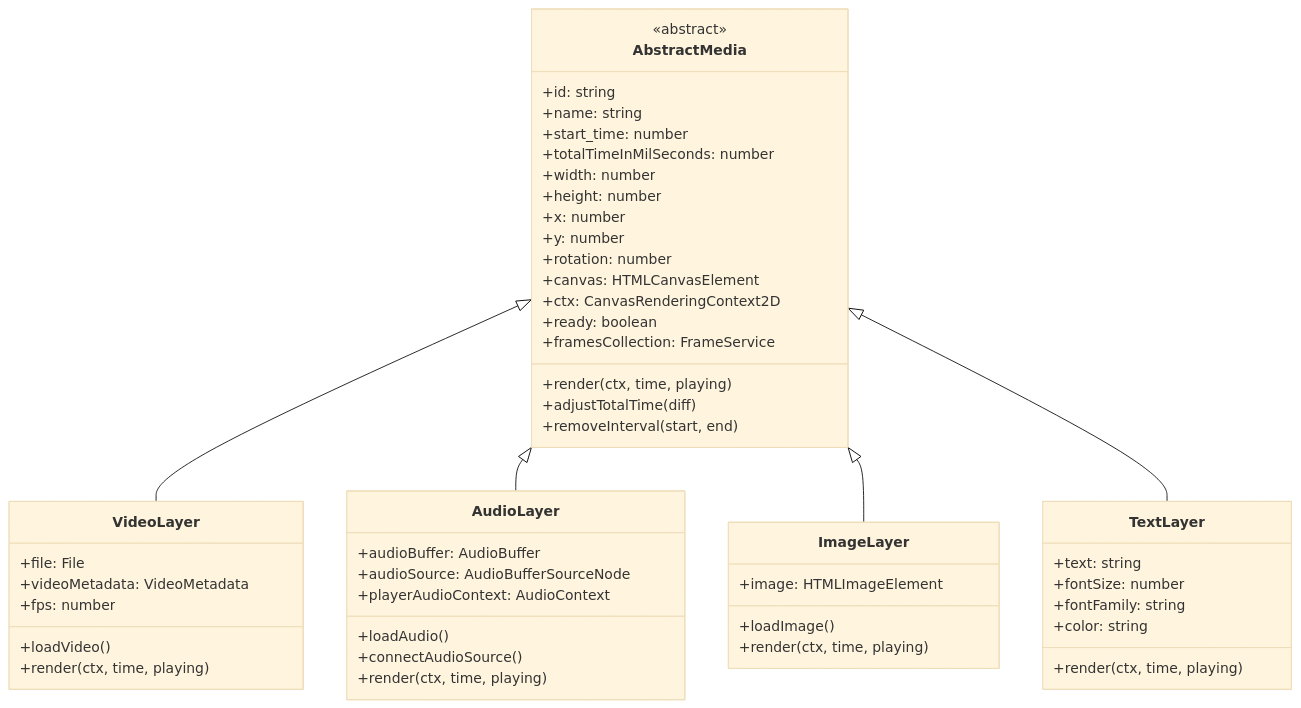
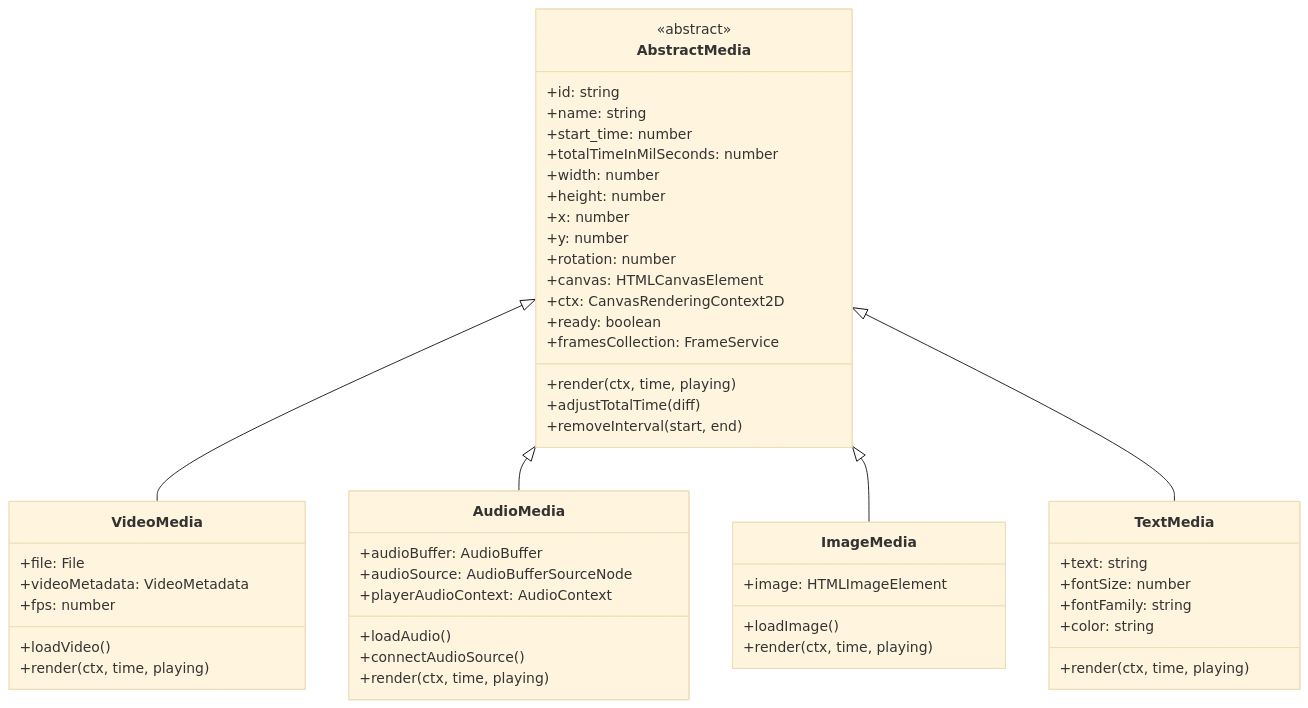
The second of 15 diagrams in docs/architecture/05-timeline-layers.md (apssouza22/web-video-edit), drawn with Mermaid (base theme) before and after one commit. The commit also changed other lines of this file and 30 other files, not shown here.

````diff
--- a/docs/architecture/05-timeline-layers.md
+++ b/docs/architecture/05-timeline-layers.md
@@ -103,58 +103,58 @@
 ```mermaid
 classDiagram
     class AbstractMedia {
         <<abstract>>
         +id: string
         +name: string
         +start_time: number
         +totalTimeInMilSeconds: number
         +width: number
         +height: number
         +x: number
         +y: number
         +rotation: number
         +canvas: HTMLCanvasElement
         +ctx: CanvasRenderingContext2D
         +ready: boolean
         +framesCollection: FrameService
         +render(ctx, time, playing)
         +adjustTotalTime(diff)
         +removeInterval(start, end)
     }
     
-    class VideoLayer {
+    class VideoMedia {
         +file: File
         +videoMetadata: VideoMetadata
         +fps: number
         +loadVideo()
         +render(ctx, time, playing)
     }
     
-    class AudioLayer {
+    class AudioMedia {
         +audioBuffer: AudioBuffer
         +audioSource: AudioBufferSourceNode
         +playerAudioContext: AudioContext
         +loadAudio()
         +connectAudioSource()
         +render(ctx, time, playing)
     }
     
-    class ImageLayer {
+    class ImageMedia {
         +image: HTMLImageElement
         +loadImage()
         +render(ctx, time, playing)
     }
     
-    class TextLayer {
+    class TextMedia {
         +text: string
         +fontSize: number
         +fontFamily: string
         +color: string
         +render(ctx, time, playing)
     }
     
-    AbstractMedia <|-- VideoLayer
-    AbstractMedia <|-- AudioLayer
-    AbstractMedia <|-- ImageLayer
-    AbstractMedia <|-- TextLayer
+    AbstractMedia <|-- VideoMedia
+    AbstractMedia <|-- AudioMedia
+    AbstractMedia <|-- ImageMedia
+    AbstractMedia <|-- TextMedia
 ```
````
